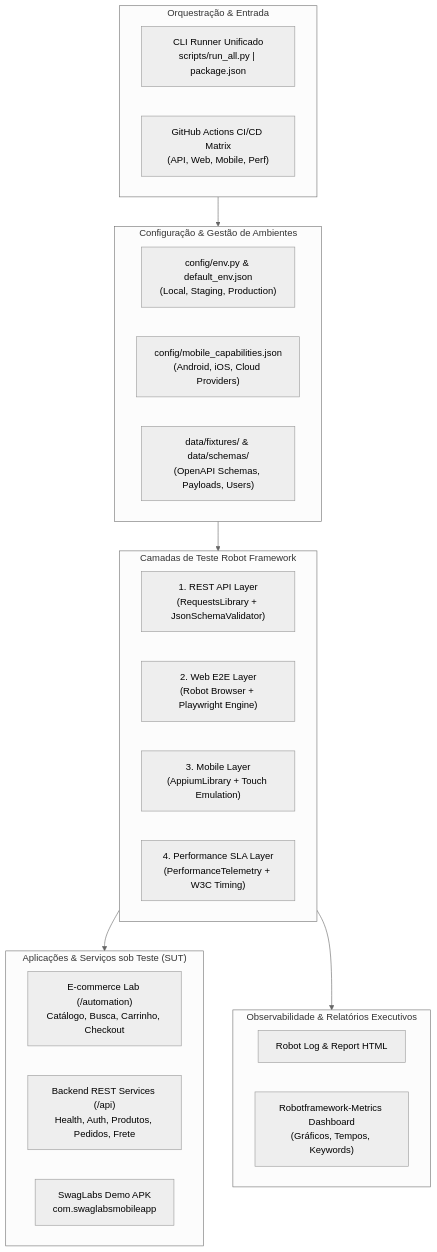
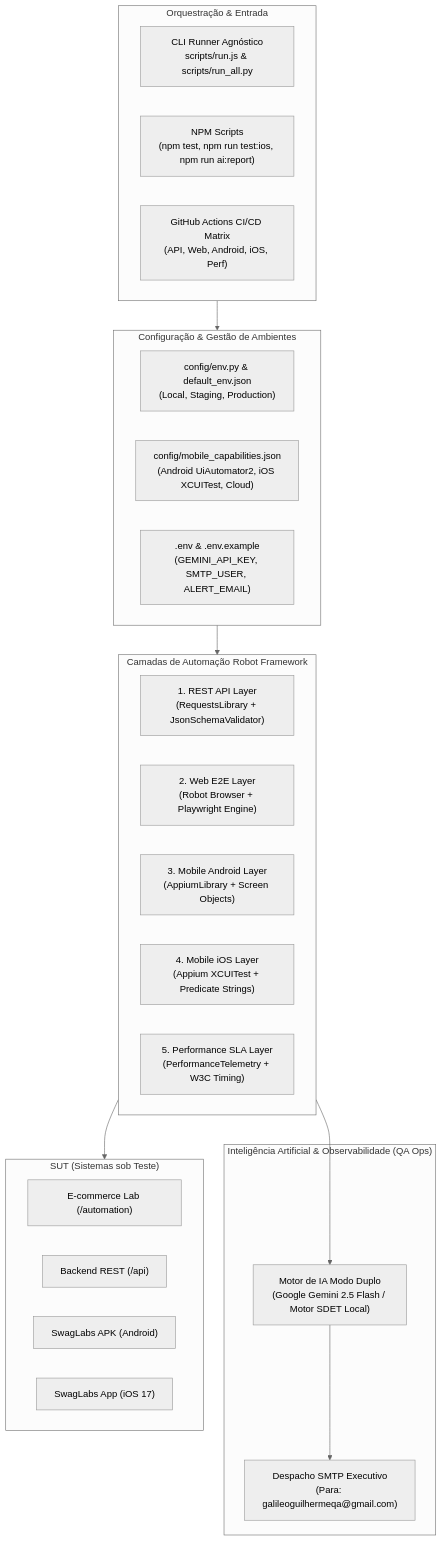
The diagram in README.md (GalileoGuilherme/robot-qa-lab), drawn with Mermaid (neutral theme) before and after one commit. The commit also changed other lines of this file and 12 other files, not shown here.

Commit message:
feat: add Google Gemini AI Quality Observer, iOS XCUITest suite, and executive dark-theme email reporting

````diff
--- a/README.md
+++ b/README.md
@@ -64,36 +67,40 @@
 ```mermaid
 flowchart TD
     subgraph CLI ["Orquestração & Entrada"]
-        RUNNER["CLI Runner Unificado<br/>scripts/run_all.py | package.json"]
-        GH_ACTIONS["GitHub Actions CI/CD Matrix<br/>(API, Web, Mobile, Perf)"]
+        RUNNER["CLI Runner Agnóstico<br/>scripts/run.js & scripts/run_all.py"]
+        NPM["NPM Scripts<br/>(npm test, npm run test:ios, npm run ai:report)"]
+        GH_ACTIONS["GitHub Actions CI/CD Matrix<br/>(API, Web, Android, iOS, Perf)"]
     end
 
     subgraph CONFIG ["Configuração & Gestão de Ambientes"]
         ENV["config/env.py & default_env.json<br/>(Local, Staging, Production)"]
-        CAPS["config/mobile_capabilities.json<br/>(Android, iOS, Cloud Providers)"]
-        FIXTURES["data/fixtures/ & data/schemas/<br/>(OpenAPI Schemas, Payloads, Users)"]
+        CAPS["config/mobile_capabilities.json<br/>(Android UiAutomator2, iOS XCUITest, Cloud)"]
+        DOTENV[".env & .env.example<br/>(GEMINI_API_KEY, SMTP_USER, ALERT_EMAIL)"]
     end
 
-    subgraph CORE ["Camadas de Teste Robot Framework"]
+    subgraph CORE ["Camadas de Automação Robot Framework"]
         API_LAYER["1. REST API Layer<br/>(RequestsLibrary + JsonSchemaValidator)"]
         WEB_LAYER["2. Web E2E Layer<br/>(Robot Browser + Playwright Engine)"]
-        MOB_LAYER["3. Mobile Layer<br/>(AppiumLibrary + Touch Emulation)"]
-        PERF_LAYER["4. Performance SLA Layer<br/>(PerformanceTelemetry + W3C Timing)"]
+        AND_LAYER["3. Mobile Android Layer<br/>(AppiumLibrary + Screen Objects)"]
+        IOS_LAYER["4. Mobile iOS Layer<br/>(Appium XCUITest + Predicate Strings)"]
+        PERF_LAYER["5. Performance SLA Layer<br/>(PerformanceTelemetry + W3C Timing)"]
     end
 
-    subgraph AUT ["Aplicações & Serviços sob Teste (SUT)"]
-        STORE_APP["E-commerce Lab (/automation)<br/>Catálogo, Busca, Carrinho, Checkout"]
-        BACKEND_API["Backend REST Services (/api)<br/>Health, Auth, Produtos, Pedidos, Frete"]
-        MOBILE_APP["SwagLabs Demo APK<br/>com.swaglabsmobileapp"]
+    subgraph AI_OBSERVER ["Inteligência Artificial & Observabilidade (QA Ops)"]
+        AI_ENGINE["Motor de IA Modo Duplo<br/>(Google Gemini 2.5 Flash / Motor SDET Local)"]
+        EMAIL_DISPATCH["Despacho SMTP Executivo<br/>(Para: galileoguilhermeqa@gmail.com)"]
     end
 
-    subgraph REPORT ["Observabilidade & Relatórios Executivos"]
-        ROBOT_NATIVE["Robot Log & Report HTML"]
-        METRICS_DASH["Robotframework-Metrics Dashboard<br/>(Gráficos, Tempos, Keywords)"]
+    subgraph AUT ["SUT (Sistemas sob Teste)"]
+        STORE_APP["E-commerce Lab (/automation)"]
+        BACKEND_API["Backend REST (/api)"]
+        SWAG_ANDROID["SwagLabs APK (Android)"]
+        SWAG_IOS["SwagLabs App (iOS 17)"]
     end
 
     CLI --> CONFIG
     CONFIG --> CORE
     CORE --> AUT
-    CORE --> REPORT
+    CORE --> AI_ENGINE
+    AI_ENGINE --> EMAIL_DISPATCH
 ```
````
